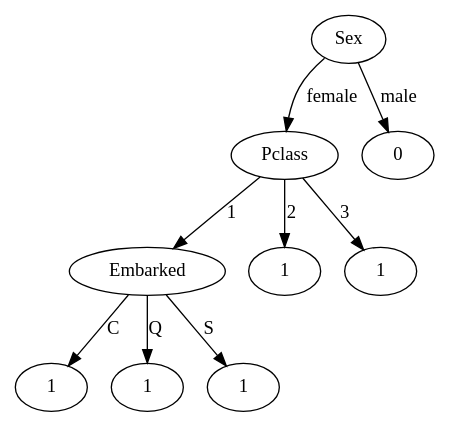
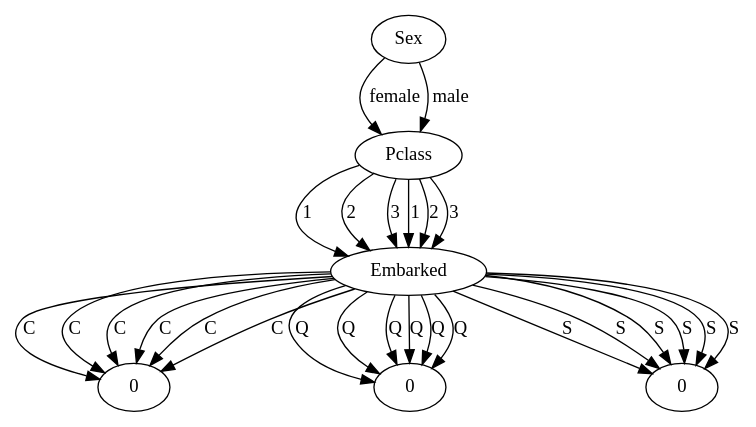
Before and after one commit to jimoskar/methodsInAI: the diagram in Ex4/test-output/round-table.gv, drawn with Graphviz. The commit also changed 3 other files, not shown here.

```diff
--- a/Ex4/test-output/round-table.gv
+++ b/Ex4/test-output/round-table.gv
@@ -1,20 +1,56 @@
 // Decision Tree
 digraph {
-	Sex [label=Sex]
-	Pclass
-	Sex -> Pclass [label=female]
-	Embarked
-	Pclass -> Embarked [label=1]
-	C [label=1]
-	Embarked -> C [label=C]
-	Q [label=1]
-	Embarked -> Q [label=Q]
-	S [label=1]
-	Embarked -> S [label=S]
-	2 [label=1]
-	Pclass -> 2 [label=2]
+	0 [label=Sex]
+	1 [label=Pclass]
+	0 -> 1 [label=female]
+	2 [label=Embarked]
+	1 -> 2 [label=1]
 	3 [label=1]
-	Pclass -> 3 [label=3]
-	male [label=0]
-	Sex -> male [label=male]
+	2 -> 3 [label=C]
+	4 [label=1]
+	2 -> 4 [label=Q]
+	5 [label=1]
+	2 -> 5 [label=S]
+	2 [label=Embarked]
+	1 -> 2 [label=2]
+	3 [label=1]
+	2 -> 3 [label=C]
+	4 [label=1]
+	2 -> 4 [label=Q]
+	5 [label=1]
+	2 -> 5 [label=S]
+	2 [label=Embarked]
+	1 -> 2 [label=3]
+	3 [label=1]
+	2 -> 3 [label=C]
+	4 [label=1]
+	2 -> 4 [label=Q]
+	5 [label=1]
+	2 -> 5 [label=S]
+	1 [label=Pclass]
+	0 -> 1 [label=male]
+	2 [label=Embarked]
+	1 -> 2 [label=1]
+	3 [label=0]
+	2 -> 3 [label=C]
+	4 [label=0]
+	2 -> 4 [label=Q]
+	5 [label=0]
+	2 -> 5 [label=S]
+	2 [label=Embarked]
+	1 -> 2 [label=2]
+	3 [label=0]
+	2 -> 3 [label=C]
+	4 [label=0]
+	2 -> 4 [label=Q]
+	5 [label=0]
+	2 -> 5 [label=S]
+	2 [label=Embarked]
+	1 -> 2 [label=3]
+	3 [label=0]
+	2 -> 3 [label=C]
+	4 [label=0]
+	2 -> 4 [label=Q]
+	5 [label=0]
+	2 -> 5 [label=S]
 }
```
